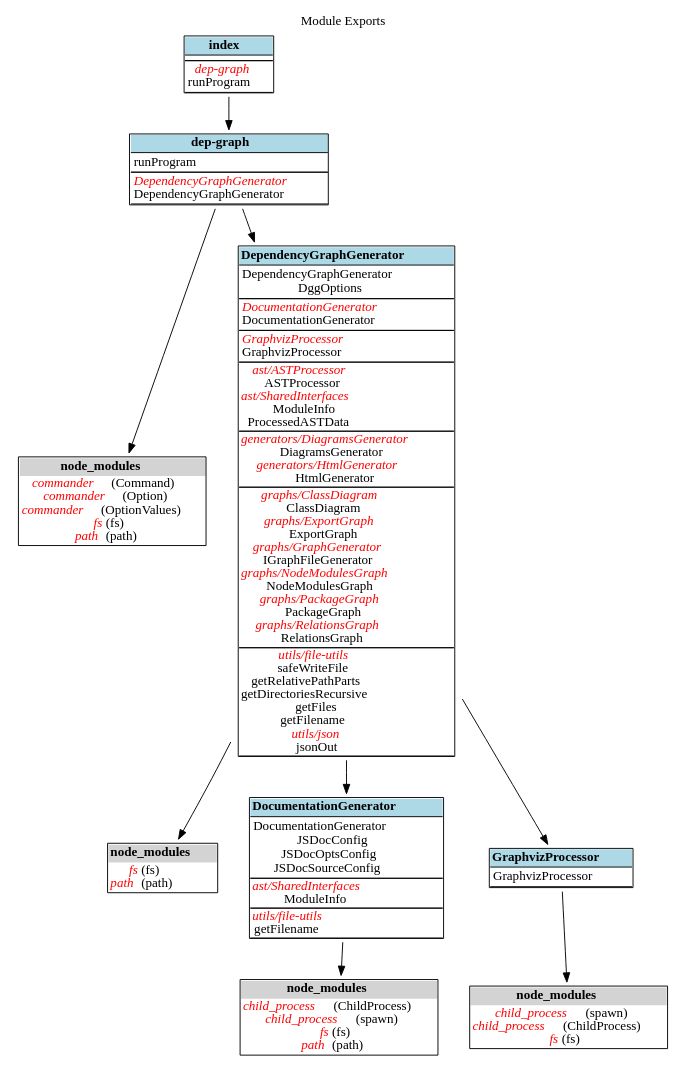
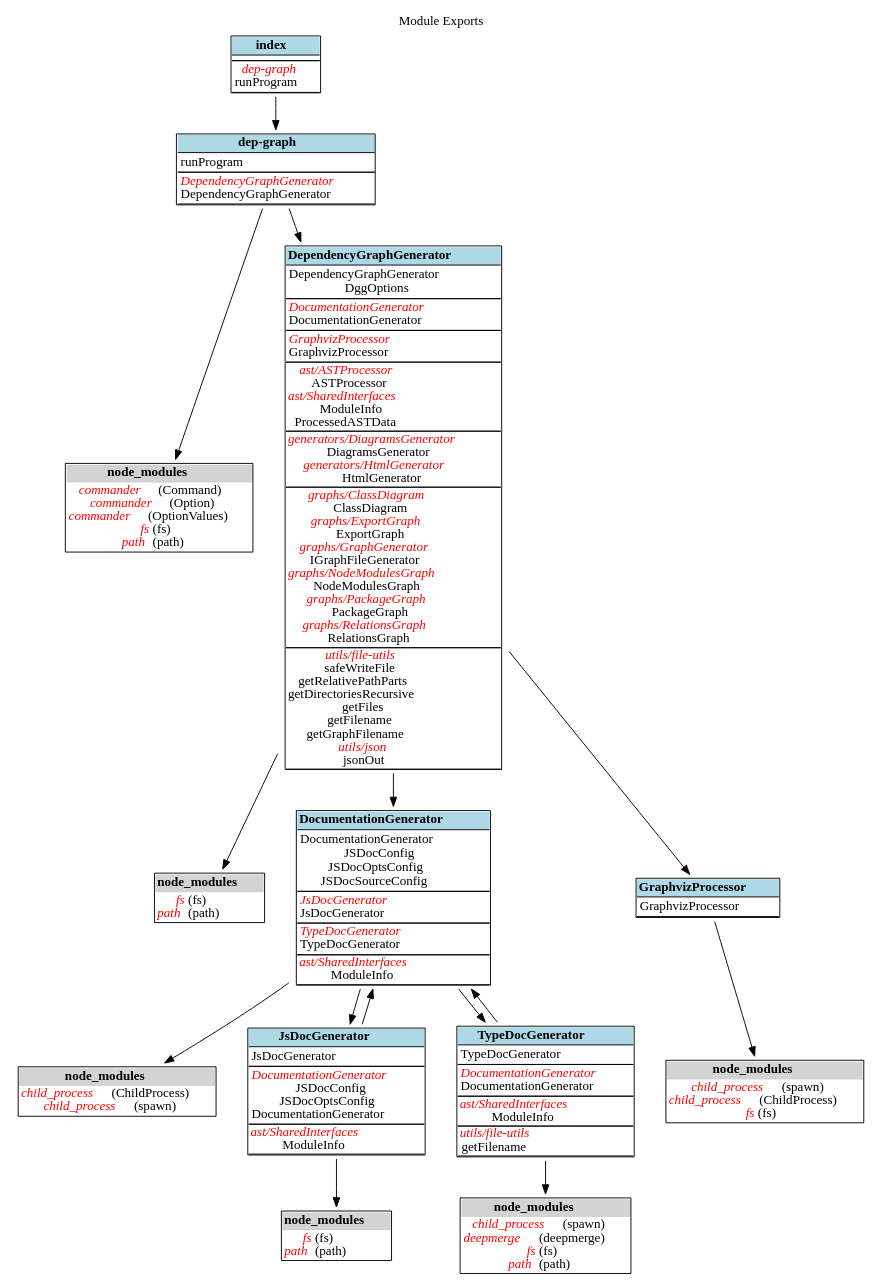
One commit to fleebe/GitHubPages changed the diagram in dep-graph-ts/_ExportGraph.dot. Above: the diagram before and after it, drawn with Graphviz. The commit also changed 105 other files, not shown here.

Commit message:
Update docs for dep-graph-ts from fleebe/dep-graph-ts workflow

```diff
--- a/dep-graph-ts/_ExportGraph.dot
+++ b/dep-graph-ts/_ExportGraph.dot
@@ -1,139 +1,198 @@
 digraph {label=" Module Exports";
 labelloc="t";
 "dep-graph" [shape=none, label=<<TABLE cellspacing="0" cellborder="0" align="left">
 <TR><TD bgcolor="lightblue" align="center"><B>dep-graph</B></TD></TR>
 <TR><TD BORDER="1" SIDES="TB" align="left">
 runProgram<BR/>
 </TD></TR>
 <TR><TD BORDER="1" SIDES="TB" align="left">
 <font color="red"><I>DependencyGraphGenerator</I></font><BR/>
 DependencyGraphGenerator<BR/>
 </TD></TR>
 </TABLE>>];
 "dep-graph-node_modules" [shape=none, label=<<TABLE cellspacing="0" cellborder="0" align="left">
 <TR><TD bgcolor="lightgrey" align="center"><B>node_modules</B></TD></TR>
 <TR><TD align="left">
 <font color="red"><I>commander</I></font> (Command)<BR/>
 <font color="red"><I>commander</I></font> (Option)<BR/>
 <font color="red"><I>commander</I></font> (OptionValues)<BR/>
 <font color="red"><I>fs</I></font> (fs)<BR/>
 <font color="red"><I>path</I></font> (path)<BR/>
 </TD></TR>
 </TABLE>>];
 "dep-graph"->"dep-graph-node_modules";
 "DependencyGraphGenerator" [shape=none, label=<<TABLE cellspacing="0" cellborder="0" align="left">
 <TR><TD bgcolor="lightblue" align="center"><B>DependencyGraphGenerator</B></TD></TR>
 <TR><TD BORDER="1" SIDES="TB" align="left">
 DependencyGraphGenerator<BR/>
 DggOptions<BR/>
 </TD></TR>
 <TR><TD BORDER="1" SIDES="TB" align="left">
 <font color="red"><I>DocumentationGenerator</I></font><BR/>
 DocumentationGenerator<BR/>
 </TD></TR>
 <TR><TD BORDER="1" SIDES="TB" align="left">
 <font color="red"><I>GraphvizProcessor</I></font><BR/>
 GraphvizProcessor<BR/>
 </TD></TR>
 <TR><TD BORDER="1" SIDES="TB" cellpadding="1" align="left">
 <font color="red"><I>ast/ASTProcessor</I></font><BR/>
 ASTProcessor<BR/>
 <font color="red"><I>ast/SharedInterfaces</I></font><BR/>
 ModuleInfo<BR/>
 ProcessedASTData<BR/>
 </TD></TR>
 <TR><TD BORDER="1" SIDES="TB" cellpadding="1" align="left">
 <font color="red"><I>generators/DiagramsGenerator</I></font><BR/>
 DiagramsGenerator<BR/>
 <font color="red"><I>generators/HtmlGenerator</I></font><BR/>
 HtmlGenerator<BR/>
 </TD></TR>
 <TR><TD BORDER="1" SIDES="TB" cellpadding="1" align="left">
 <font color="red"><I>graphs/ClassDiagram</I></font><BR/>
 ClassDiagram<BR/>
 <font color="red"><I>graphs/ExportGraph</I></font><BR/>
 ExportGraph<BR/>
 <font color="red"><I>graphs/GraphGenerator</I></font><BR/>
 IGraphFileGenerator<BR/>
 <font color="red"><I>graphs/NodeModulesGraph</I></font><BR/>
 NodeModulesGraph<BR/>
 <font color="red"><I>graphs/PackageGraph</I></font><BR/>
 PackageGraph<BR/>
 <font color="red"><I>graphs/RelationsGraph</I></font><BR/>
 RelationsGraph<BR/>
 </TD></TR>
 <TR><TD BORDER="1" SIDES="TB" cellpadding="1" align="left">
 <font color="red"><I>utils/file-utils</I></font><BR/>
 safeWriteFile<BR/>
 getRelativePathParts<BR/>
 getDirectoriesRecursive<BR/>
 getFiles<BR/>
 getFilename<BR/>
+getGraphFilename<BR/>
 <font color="red"><I>utils/json</I></font><BR/>
 jsonOut<BR/>
 </TD></TR>
 </TABLE>>];
 "DependencyGraphGenerator-node_modules" [shape=none, label=<<TABLE cellspacing="0" cellborder="0" align="left">
 <TR><TD bgcolor="lightgrey" align="center"><B>node_modules</B></TD></TR>
 <TR><TD align="left">
 <font color="red"><I>fs</I></font> (fs)<BR/>
 <font color="red"><I>path</I></font> (path)<BR/>
 </TD></TR>
 </TABLE>>];
 "DependencyGraphGenerator"->"DependencyGraphGenerator-node_modules";
 "DocumentationGenerator" [shape=none, label=<<TABLE cellspacing="0" cellborder="0" align="left">
 <TR><TD bgcolor="lightblue" align="center"><B>DocumentationGenerator</B></TD></TR>
 <TR><TD BORDER="1" SIDES="TB" align="left">
 DocumentationGenerator<BR/>
 JSDocConfig<BR/>
 JSDocOptsConfig<BR/>
 JSDocSourceConfig<BR/>
 </TD></TR>
+<TR><TD BORDER="1" SIDES="TB" align="left">
+<font color="red"><I>JsDocGenerator</I></font><BR/>
+JsDocGenerator<BR/>
+</TD></TR>
+<TR><TD BORDER="1" SIDES="TB" align="left">
+<font color="red"><I>TypeDocGenerator</I></font><BR/>
+TypeDocGenerator<BR/>
+</TD></TR>
 <TR><TD BORDER="1" SIDES="TB" cellpadding="1" align="left">
 <font color="red"><I>ast/SharedInterfaces</I></font><BR/>
 ModuleInfo<BR/>
-</TD></TR>
-<TR><TD BORDER="1" SIDES="TB" cellpadding="1" align="left">
-<font color="red"><I>utils/file-utils</I></font><BR/>
-getFilename<BR/>
 </TD></TR>
 </TABLE>>];
 "DocumentationGenerator-node_modules" [shape=none, label=<<TABLE cellspacing="0" cellborder="0" align="left">
 <TR><TD bgcolor="lightgrey" align="center"><B>node_modules</B></TD></TR>
 <TR><TD align="left">
 <font color="red"><I>child_process</I></font> (ChildProcess)<BR/>
 <font color="red"><I>child_process</I></font> (spawn)<BR/>
-<font color="red"><I>fs</I></font> (fs)<BR/>
-<font color="red"><I>path</I></font> (path)<BR/>
 </TD></TR>
 </TABLE>>];
 "DocumentationGenerator"->"DocumentationGenerator-node_modules";
 "GraphvizProcessor" [shape=none, label=<<TABLE cellspacing="0" cellborder="0" align="left">
 <TR><TD bgcolor="lightblue" align="center"><B>GraphvizProcessor</B></TD></TR>
 <TR><TD BORDER="1" SIDES="TB" align="left">
 GraphvizProcessor<BR/>
 </TD></TR>
 </TABLE>>];
 "GraphvizProcessor-node_modules" [shape=none, label=<<TABLE cellspacing="0" cellborder="0" align="left">
 <TR><TD bgcolor="lightgrey" align="center"><B>node_modules</B></TD></TR>
 <TR><TD align="left">
 <font color="red"><I>child_process</I></font> (spawn)<BR/>
 <font color="red"><I>child_process</I></font> (ChildProcess)<BR/>
 <font color="red"><I>fs</I></font> (fs)<BR/>
 </TD></TR>
 </TABLE>>];
 "GraphvizProcessor"->"GraphvizProcessor-node_modules";
 "index" [shape=none, label=<<TABLE cellspacing="0" cellborder="0" align="left">
 <TR><TD bgcolor="lightblue" align="center"><B>index</B></TD></TR>
 <TR><TD BORDER="1" SIDES="TB" align="left">
 </TD></TR>
 <TR><TD BORDER="1" SIDES="TB" align="left">
 <font color="red"><I>dep-graph</I></font><BR/>
 runProgram<BR/>
 </TD></TR>
 </TABLE>>];
+"JsDocGenerator" [shape=none, label=<<TABLE cellspacing="0" cellborder="0" align="left">
+<TR><TD bgcolor="lightblue" align="center"><B>JsDocGenerator</B></TD></TR>
+<TR><TD BORDER="1" SIDES="TB" align="left">
+JsDocGenerator<BR/>
+</TD></TR>
+<TR><TD BORDER="1" SIDES="TB" align="left">
+<font color="red"><I>DocumentationGenerator</I></font><BR/>
+JSDocConfig<BR/>
+JSDocOptsConfig<BR/>
+DocumentationGenerator<BR/>
+</TD></TR>
+<TR><TD BORDER="1" SIDES="TB" cellpadding="1" align="left">
+<font color="red"><I>ast/SharedInterfaces</I></font><BR/>
+ModuleInfo<BR/>
+</TD></TR>
+</TABLE>>];
+"JsDocGenerator-node_modules" [shape=none, label=<<TABLE cellspacing="0" cellborder="0" align="left">
+<TR><TD bgcolor="lightgrey" align="center"><B>node_modules</B></TD></TR>
+<TR><TD align="left">
+<font color="red"><I>fs</I></font> (fs)<BR/>
+<font color="red"><I>path</I></font> (path)<BR/>
+</TD></TR>
+</TABLE>>];
+"JsDocGenerator"->"JsDocGenerator-node_modules";
+"TypeDocGenerator" [shape=none, label=<<TABLE cellspacing="0" cellborder="0" align="left">
+<TR><TD bgcolor="lightblue" align="center"><B>TypeDocGenerator</B></TD></TR>
+<TR><TD BORDER="1" SIDES="TB" align="left">
+TypeDocGenerator<BR/>
+</TD></TR>
+<TR><TD BORDER="1" SIDES="TB" align="left">
+<font color="red"><I>DocumentationGenerator</I></font><BR/>
+DocumentationGenerator<BR/>
+</TD></TR>
+<TR><TD BORDER="1" SIDES="TB" cellpadding="1" align="left">
+<font color="red"><I>ast/SharedInterfaces</I></font><BR/>
+ModuleInfo<BR/>
+</TD></TR>
+<TR><TD BORDER="1" SIDES="TB" cellpadding="1" align="left">
+<font color="red"><I>utils/file-utils</I></font><BR/>
+getFilename<BR/>
+</TD></TR>
+</TABLE>>];
+"TypeDocGenerator-node_modules" [shape=none, label=<<TABLE cellspacing="0" cellborder="0" align="left">
+<TR><TD bgcolor="lightgrey" align="center"><B>node_modules</B></TD></TR>
+<TR><TD align="left">
+<font color="red"><I>child_process</I></font> (spawn)<BR/>
+<font color="red"><I>deepmerge</I></font> (deepmerge)<BR/>
+<font color="red"><I>fs</I></font> (fs)<BR/>
+<font color="red"><I>path</I></font> (path)<BR/>
+</TD></TR>
+</TABLE>>];
+"TypeDocGenerator"->"TypeDocGenerator-node_modules";
 "dep-graph"->"DependencyGraphGenerator";
 "DependencyGraphGenerator"->"DocumentationGenerator";
 "DependencyGraphGenerator"->"GraphvizProcessor";
+"DocumentationGenerator"->"JsDocGenerator";
+"DocumentationGenerator"->"TypeDocGenerator";
 "index"->"dep-graph";
+"JsDocGenerator"->"DocumentationGenerator";
+"TypeDocGenerator"->"DocumentationGenerator";
 }
```
